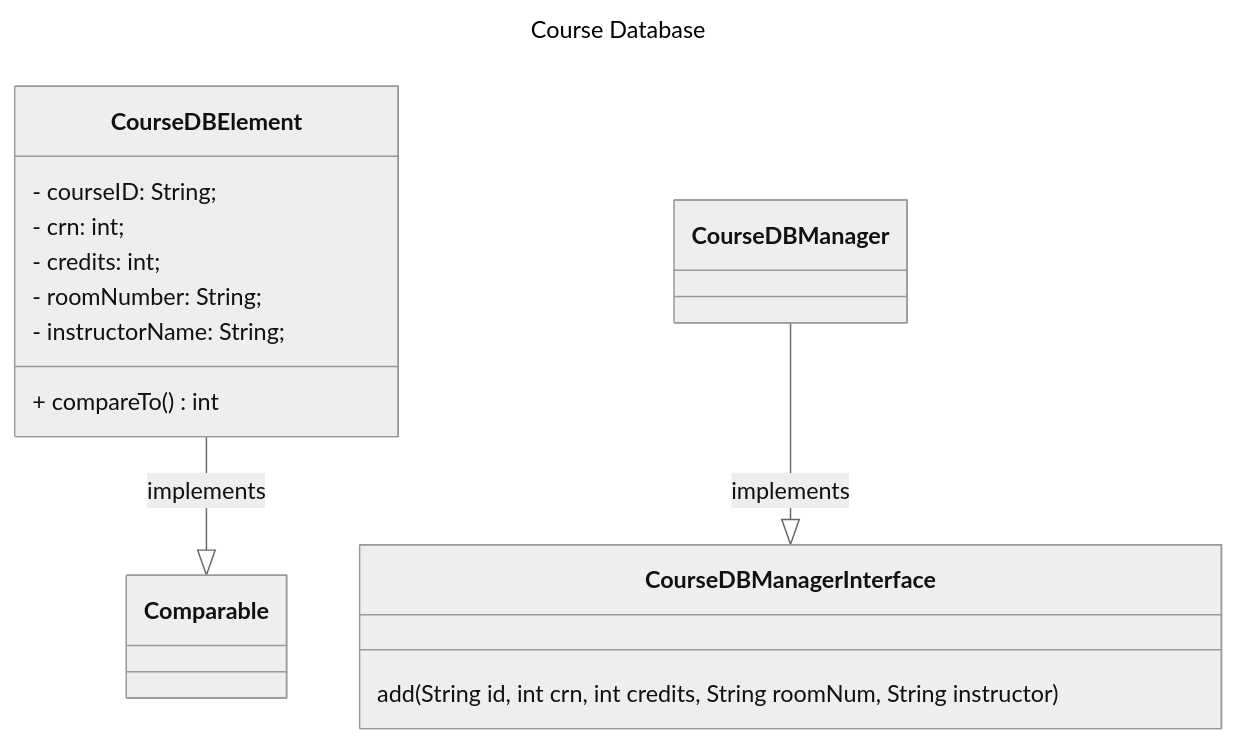
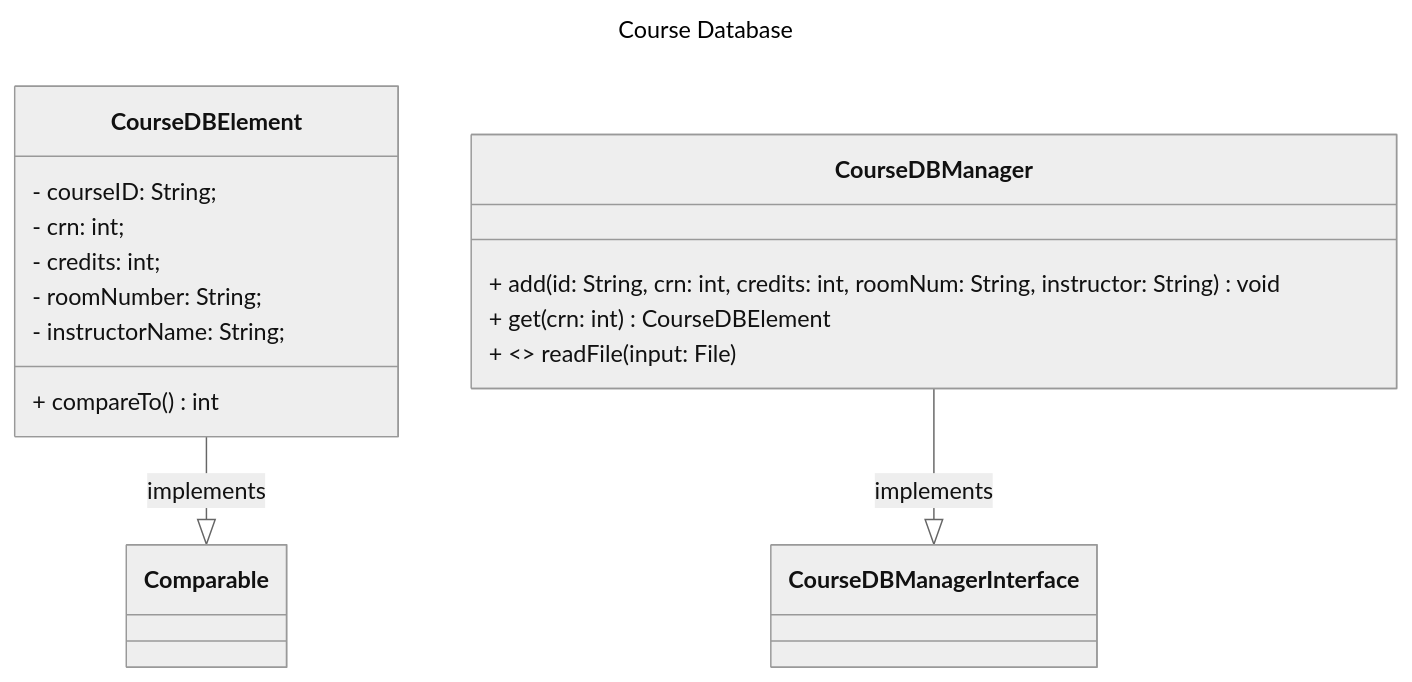
Before and after one commit to nick-nugat/nick-nugat.github.io: the diagram in content/project-designs/cmsc204/NguyenNicholas_Assignment4_Design/assignment4-design.md, drawn with Mermaid (neutral theme). The commit also changed other lines of this file and 2 other files, not shown here.

Commit message:
vault backup: 2024-03-15 16:15:16
Affected files:
content/.obsidian/appearance.json
content/.obsidian/plugins/update-time-on-edit/data.json
content/project-designs/cmsc204/NguyenNicholas_Assignment4_Design/assignment4-design.md

````diff
--- a/content/project-designs/cmsc204/NguyenNicholas_Assignment4_Design/assignment4-design.md
+++ b/content/project-designs/cmsc204/NguyenNicholas_Assignment4_Design/assignment4-design.md
@@ -15,26 +15,32 @@
 ```mermaid
 ---
 title: Course Database
 ---
 classDiagram
 
 direction BT
 
 Comparable <|-- CourseDBElement: implements
 CourseDBManagerInterface <|-- CourseDBManager: implements
 
 class CourseDBElement { 
     - courseID: String;  
     - crn: int;  
     - credits: int;  
     - roomNumber: String;  
     - instructorName: String;  
   
     + compareTo() int
 }
- class CourseDBManagerInterface{
-	 add(String id, int crn, int credits, String roomNum, String instructor)
+
+ class CourseDBManager{
+	 + add(id: String, crn: int, credits: int, roomNum: String, instructor: String) void
+	 + get(crn: int) CourseDBElement
+	 + <<exception>> readFile(input: File)
+	 
+	
+	 
  }
 
 
 ```
````
